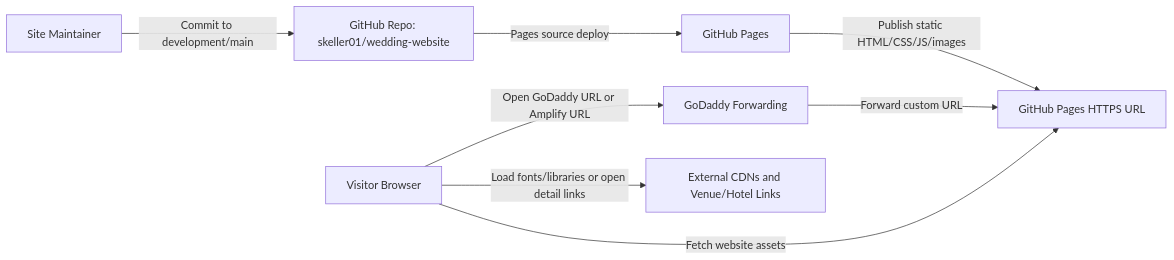
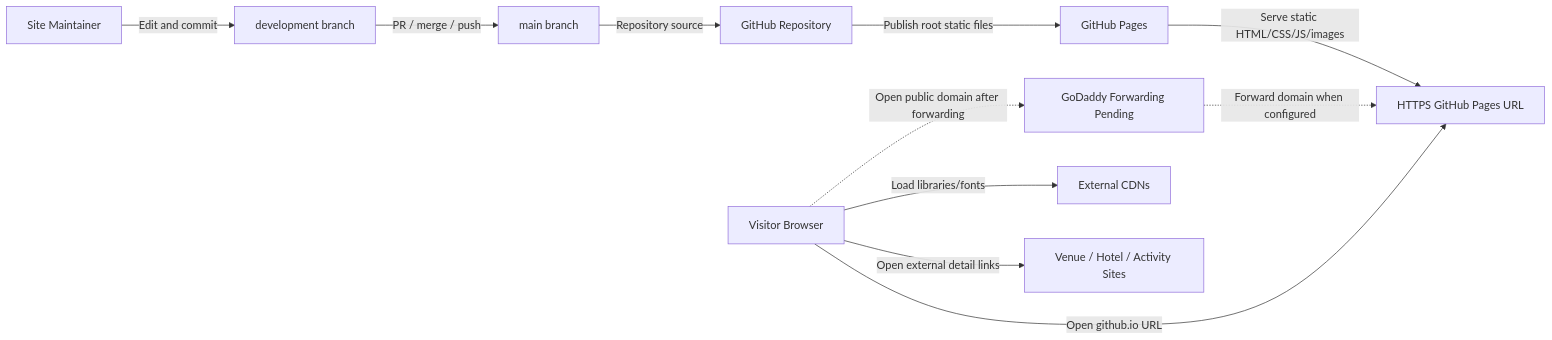
One commit to skeller01/wedding-website changed the diagram in documentation/planning/deployment-footprint.md. Above: the diagram before and after it, drawn with Mermaid. The commit also changed other lines of this file and 3 other files, not shown here.

````diff
--- a/documentation/planning/deployment-footprint.md
+++ b/documentation/planning/deployment-footprint.md
@@ -61,18 +69,24 @@
 ```mermaid
 flowchart LR
-  Dev[Site Maintainer]
-  GitHub[GitHub Repo: skeller01/wedding-website]
+  Maintainer[Site Maintainer]
+  Development[development branch]
+  Main[main branch]
+  GitHub[GitHub Repository]
   Pages[GitHub Pages]
-  CDN[GitHub Pages HTTPS URL]
-  GoDaddy[GoDaddy Forwarding]
+  PagesURL[HTTPS GitHub Pages URL]
+  GoDaddy[GoDaddy Forwarding Pending]
   Visitor[Visitor Browser]
-  External[External CDNs and Venue/Hotel Links]
+  CDN[External CDNs]
+  ExternalSites[Venue / Hotel / Activity Sites]
 
-  Dev -->|Commit to development/main| GitHub
-  GitHub -->|Pages source deploy| Pages
-  Pages -->|Publish static HTML/CSS/JS/images| CDN
-  GoDaddy -->|Forward custom URL| CDN
-  Visitor -->|Open GoDaddy URL or Amplify URL| GoDaddy
-  Visitor -->|Fetch website assets| CDN
-  Visitor -->|Load fonts/libraries or open detail links| External
+  Maintainer -->|Edit and commit| Development
+  Development -->|PR / merge / push| Main
+  Main -->|Repository source| GitHub
+  GitHub -->|Publish root static files| Pages
+  Pages -->|Serve static HTML/CSS/JS/images| PagesURL
+  GoDaddy -.->|Forward domain when configured| PagesURL
+  Visitor -->|Open github.io URL| PagesURL
+  Visitor -.->|Open public domain after forwarding| GoDaddy
+  Visitor -->|Load libraries/fonts| CDN
+  Visitor -->|Open external detail links| ExternalSites
 ```
````
